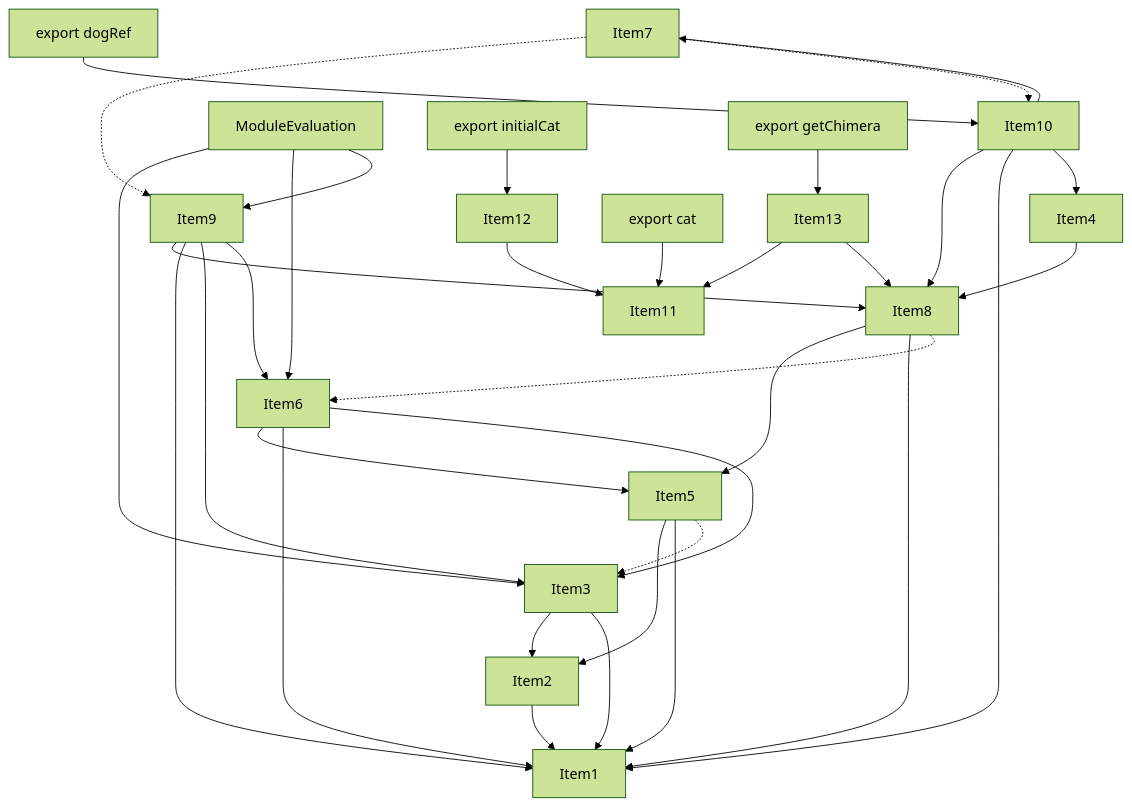
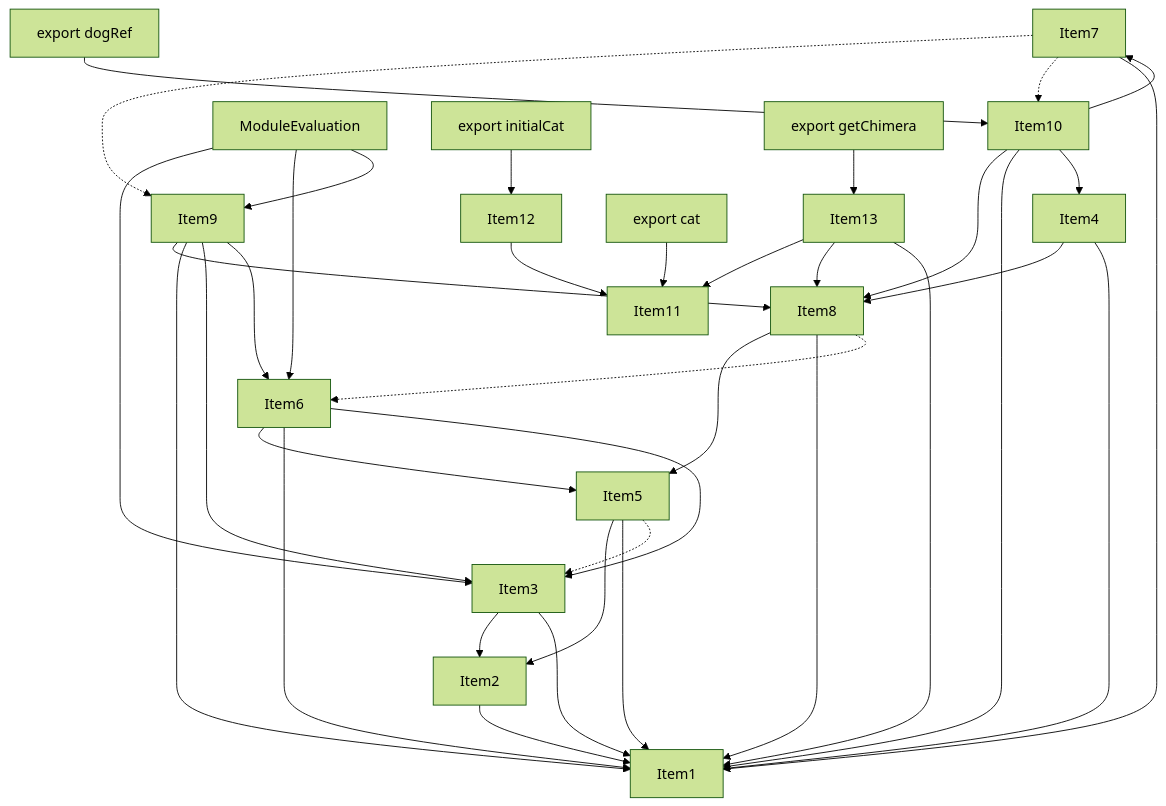
Before and after one commit to vercel/turborepo: the fourth of 5 diagrams in crates/turbopack-ecmascript/tests/tree-shaker/analyzer/complex/output.md, drawn with Mermaid (forest theme). The commit also changed other lines of this file and 63 other files, not shown here.

````diff
--- a/crates/turbopack-ecmascript/tests/tree-shaker/analyzer/complex/output.md
+++ b/crates/turbopack-ecmascript/tests/tree-shaker/analyzer/complex/output.md
@@ -290,59 +293,62 @@
 ```mermaid
 graph TD
     Item1;
     Item2;
     Item3;
     Item4;
     Item5;
     Item6;
     Item7;
     Item8;
     Item9;
     Item10;
     Item11;
     Item12;
     Item13;
     Item14;
     Item14["ModuleEvaluation"];
     Item15;
     Item15["export dogRef"];
     Item16;
     Item16["export cat"];
     Item17;
     Item17["export initialCat"];
     Item18;
     Item18["export getChimera"];
     Item2 --> Item1;
     Item3 --> Item2;
     Item3 --> Item1;
     Item5 --> Item2;
     Item5 --> Item1;
     Item5 -.-> Item3;
     Item6 --> Item5;
     Item6 --> Item1;
     Item6 --> Item3;
     Item8 --> Item5;
     Item8 --> Item1;
     Item8 -.-> Item6;
     Item9 --> Item8;
     Item9 --> Item1;
     Item9 --> Item3;
     Item9 --> Item6;
     Item10 --> Item8;
     Item10 --> Item1;
     Item10 --> Item4;
     Item10 --> Item7;
     Item12 --> Item11;
     Item15 --> Item10;
     Item16 --> Item11;
     Item17 --> Item12;
     Item18 --> Item13;
     Item4 --> Item8;
+    Item4 --> Item1;
     Item7 -.-> Item9;
     Item7 -.-> Item10;
+    Item7 --> Item1;
     Item13 --> Item11;
     Item13 --> Item8;
+    Item13 --> Item1;
     Item14 --> Item3;
     Item14 --> Item6;
     Item14 --> Item9;
 ```
````
